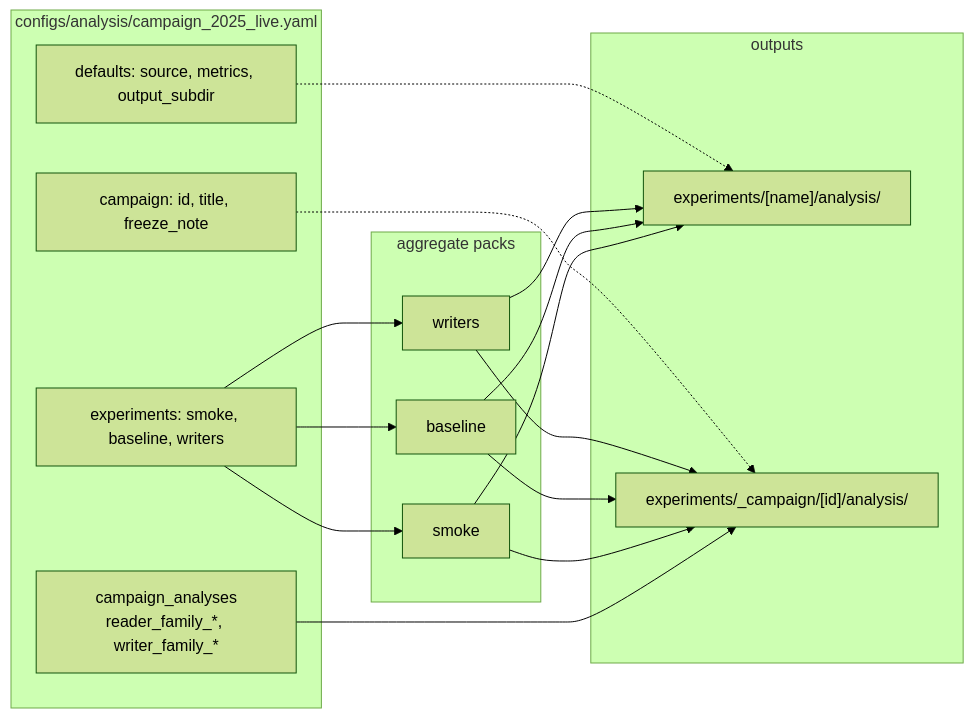
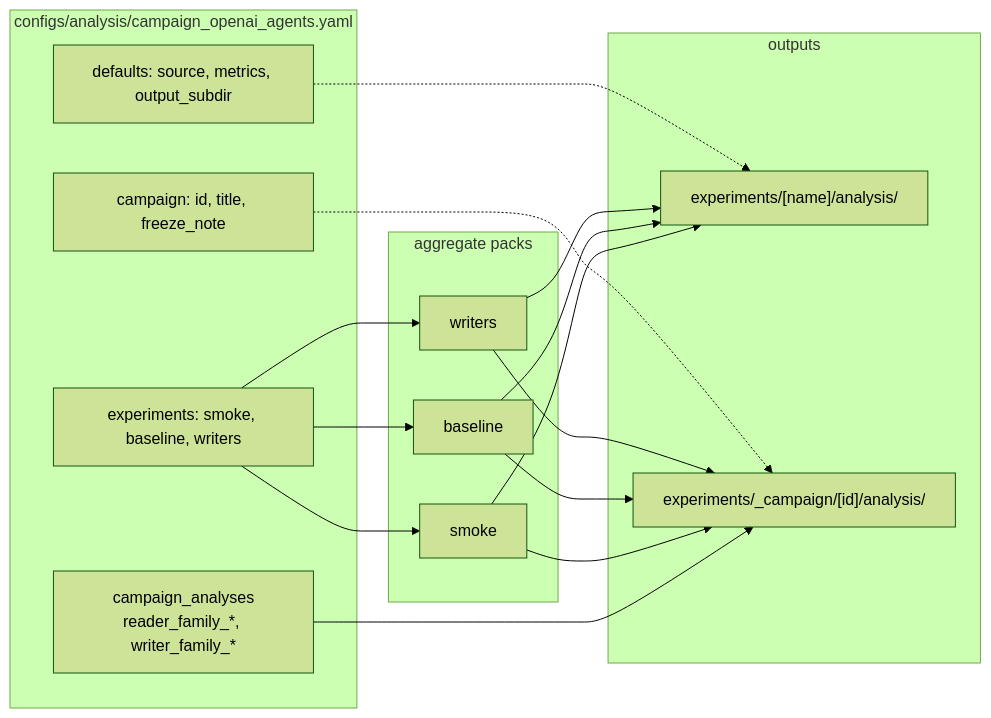
The fifth of 12 diagrams in README.md (park-jsdev/long-term-memory-eval), drawn with Mermaid (forest theme) before and after one commit. The commit also changed other lines of this file and 213 other files, not shown here.

````diff
--- a/README.md
+++ b/README.md
@@ -254,30 +263,30 @@
 ```mermaid
 flowchart LR
-  subgraph CAMP["configs/analysis/campaign_2025_live.yaml"]
+  subgraph CAMP["configs/analysis/campaign_openai_agents.yaml"]
     CID["campaign: id, title, freeze_note"]
     DEF["defaults: source, metrics, output_subdir"]
     CA["campaign_analyses<br/>reader_family_*, writer_family_*"]
     EX["experiments: smoke, baseline, writers"]
   end
 
   subgraph PACKS["aggregate packs"]
     P1["smoke"]
     P2["baseline"]
     P3["writers"]
   end
 
   subgraph OUT["outputs"]
     O1["experiments/[name]/analysis/"]
     O2["experiments/_campaign/[id]/analysis/"]
   end
 
   EX --> P1 --> O1
   EX --> P2 --> O1
   EX --> P3 --> O1
   CA --> O2
   P1 --> O2
   P2 --> O2
   P3 --> O2
   DEF -.-> O1
   CID -.-> O2
 ```
````
